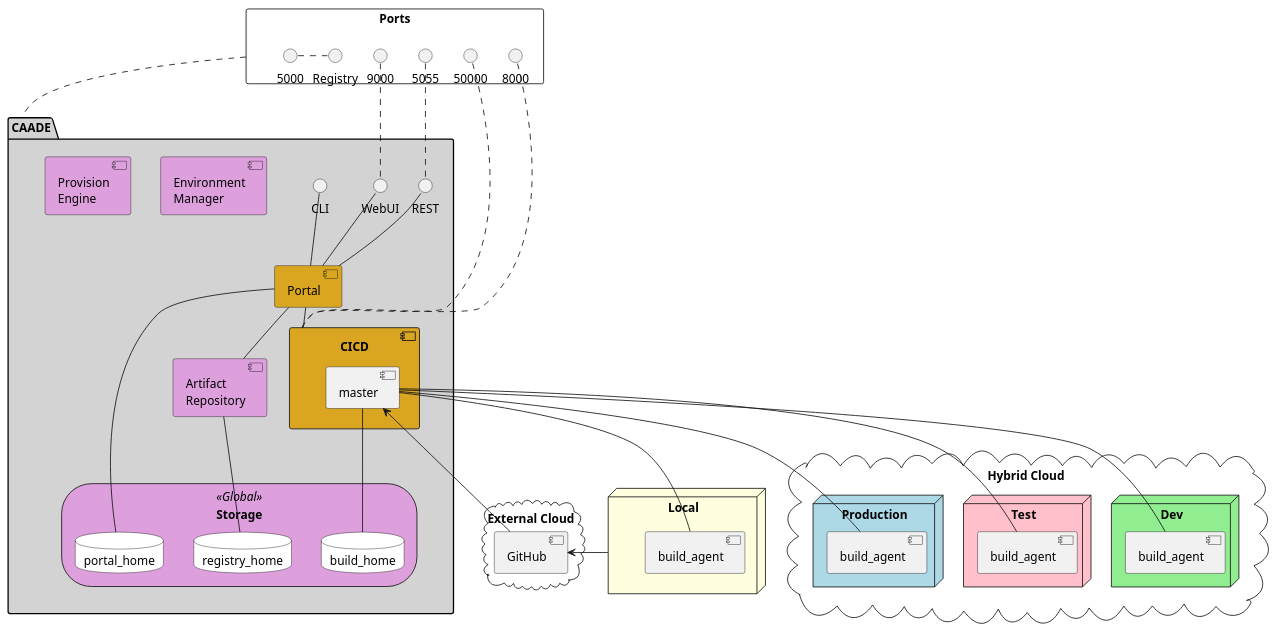
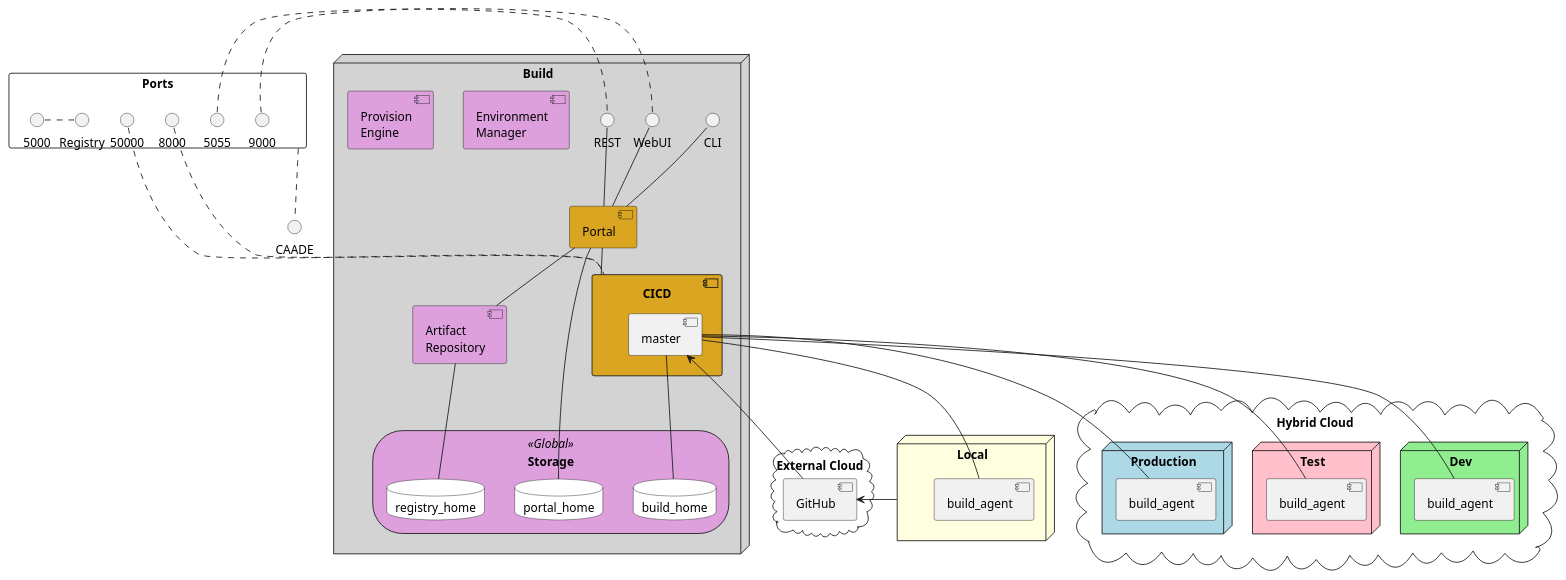
The diagram in docs/Solution/Deployment.puml (CAADE/CAADE), drawn with PlantUML before and after one commit. The commit also changed 58 other files, not shown here.

```diff
--- a/docs/Solution/Deployment.puml
+++ b/docs/Solution/Deployment.puml
@@ -1,63 +1,63 @@
 @startuml
 
-package CAADE #lightgray {
+node Build #lightgray {
     interface WebUI
     interface REST
     interface CLI
     component Portal #goldenrod
     component CICD #goldenrod {
         component master
     }
     component "Artifact\nRepository" as AR #plum
     component "Environment\nManager" as EM #plum
     component "Provision\nEngine" as PE #plum
     storage Storage <<Global>> #plum {
         database build_home #white
         database registry_home #white
         database portal_home #white
     }
 }
 
 rectangle Ports {
     9000 . WebUI
     5055 . REST
     50000 . CICD
     8000 . CICD
     5000 . Registry
 }
 
 Ports .. CAADE
 cloud "External Cloud" {
     component GitHub
 }
 
 node Local #lightyellow {
     component build_agent as lba
 }
 
 cloud "Hybrid Cloud" as HC {
     node Dev #lightgreen {
         component build_agent as dba
     }
     node Test #pink {
         component build_agent as tba
     }
     node Production #lightblue {
         component build_agent as pba
     }
 }
 WebUI -- Portal
 REST -- Portal
 CLI -- Portal
 Portal - portal_home
 AR -- registry_home
 master -- build_home
 master -- lba
 master -- dba
 master -- tba
 master -- pba
 master <-- GitHub
 Portal -- CICD
 Portal -- AR
 Local -> GitHub
 @enduml
```
